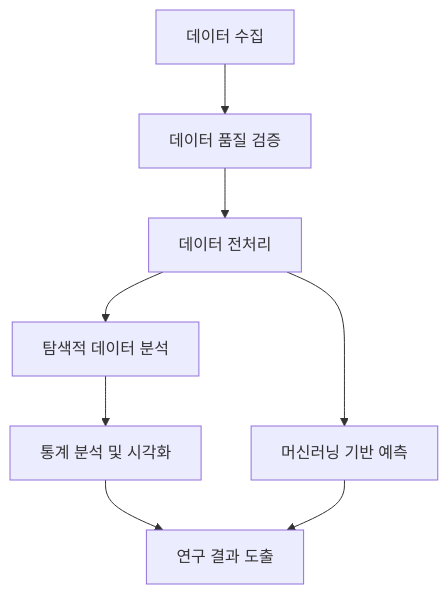
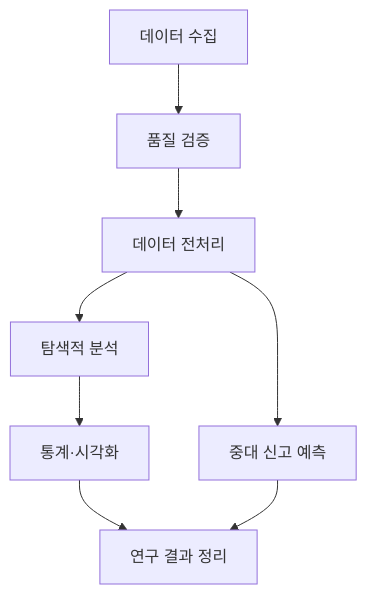
Before and after one commit to ko-su-yeon/Data-Visualization-for-Big-Data-PBL-Team-06: the diagram in README.md, drawn with Mermaid. The commit also changed other lines of this file, not shown here.

````diff
--- a/README.md
+++ b/README.md
@@ -135,10 +145,10 @@
 ```mermaid
 flowchart TD
-    A["데이터 수집"] --> B["데이터 품질 검증"]
-    B --> C["데이터 전처리"]
-    C --> D["탐색적 데이터 분석"]
-    D --> E["통계 분석 및 시각화"]
-    C --> F["머신러닝 기반 예측"]
-    E --> G["연구 결과 도출"]
-    F --> G
+    collect["데이터 수집"] --> validate["품질 검증"]
+    validate --> clean["데이터 전처리"]
+    clean --> explore["탐색적 분석"]
+    explore --> visual["통계·시각화"]
+    clean --> predict["중대 신고 예측"]
+    visual --> result["연구 결과 정리"]
+    predict --> result
 ```
````
